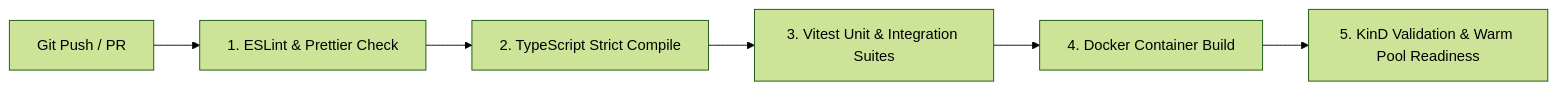
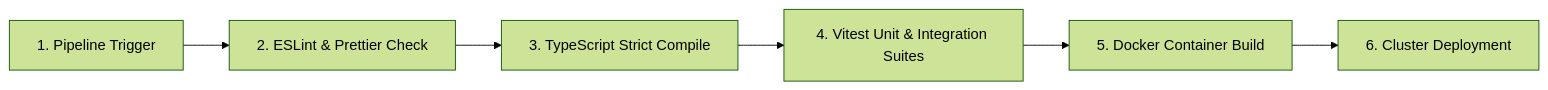
One commit to Digital-Analytics-Apps/sci-latex-vscode-ai changed the fifth of 5 diagrams in docs/planning/TRD.md. Above: the diagram before and after it, drawn with Mermaid (forest theme). The commit also changed other lines of this file and 60 other files, not shown here.

````diff
--- a/docs/planning/TRD.md
+++ b/docs/planning/TRD.md
@@ -402,8 +395,8 @@
 ```mermaid
 flowchart LR
-    DevPush[Git Push / PR] --> LintCheck[1. ESLint & Prettier Check]
-    LintCheck --> TypeCheck[2. TypeScript Strict Compile]
-    TypeCheck --> UnitTests[3. Vitest Unit & Integration Suites]
-    UnitTests --> DockerBuild[4. Docker Container Build]
-    DockerBuild --> KinDDeploy[5. KinD Validation & Warm Pool Readiness]
+    DevPush[1. Pipeline Trigger] --> LintCheck[2. ESLint & Prettier Check]
+    LintCheck --> TypeCheck[3. TypeScript Strict Compile]
+    TypeCheck --> UnitTests[4. Vitest Unit & Integration Suites]
+    UnitTests --> DockerBuild[5. Docker Container Build]
+    DockerBuild --> KinDDeploy[6. Cluster Deployment]
 ```
````
